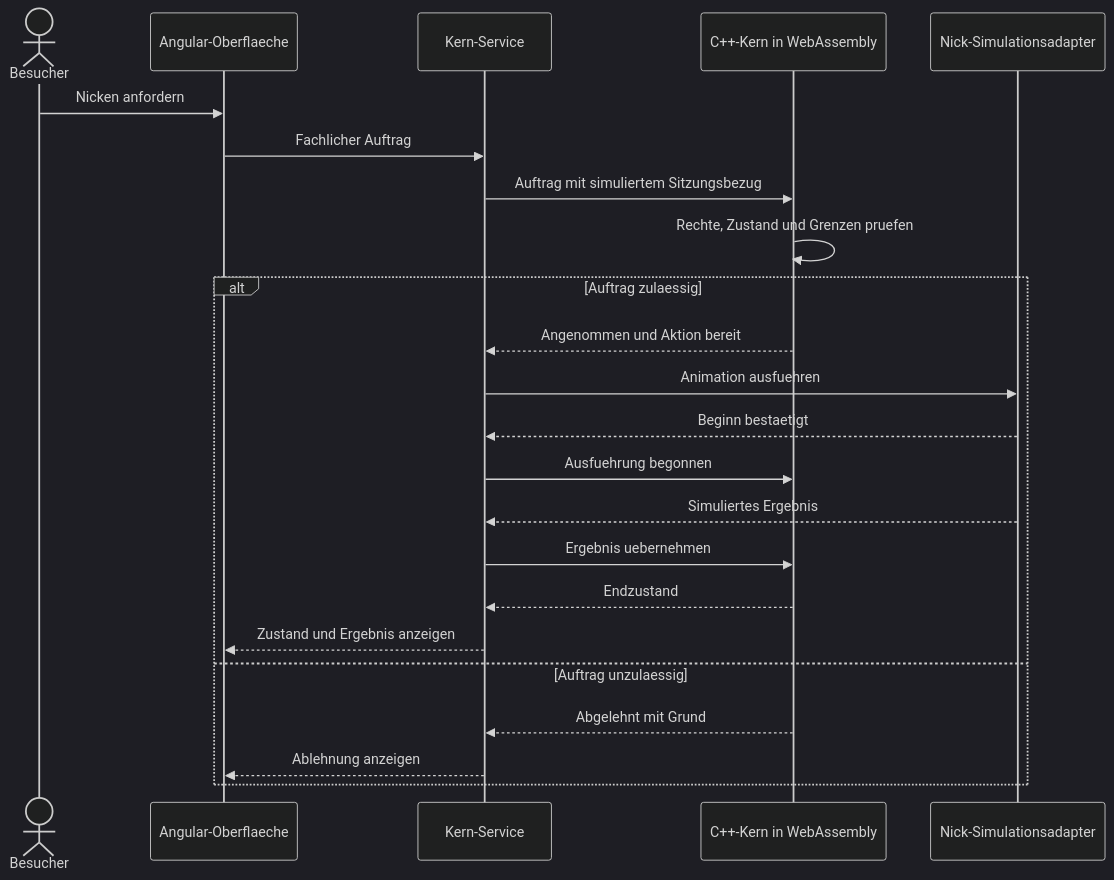
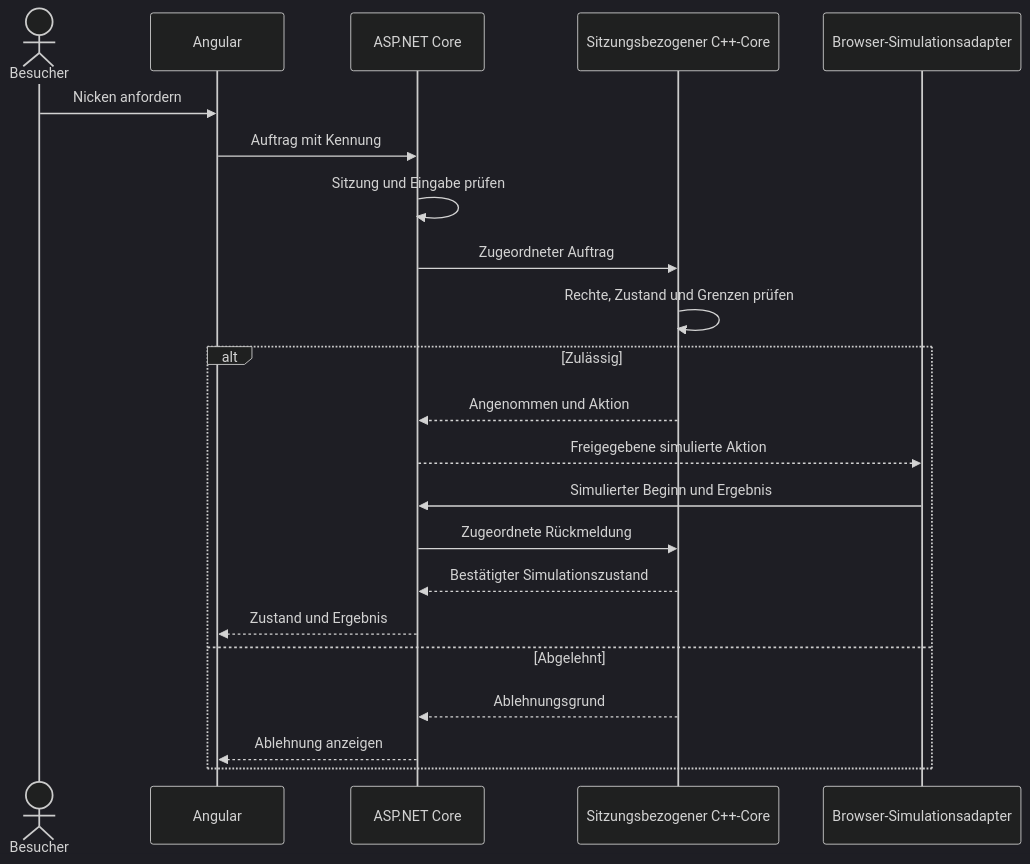
The second of 2 diagrams in docs/Technologiekonzept.md (sabrinahelfenberger-Wusel/PinkRobin), drawn with Mermaid (dark theme) before and after one commit. The commit also changed other lines of this file, not shown here.

Commit message:
docs: Virtual Robin auf serverseitigen C++-Core mit ASP.NET Core umstellen

````diff
--- a/docs/Technologiekonzept.md
+++ b/docs/Technologiekonzept.md
@@ -82,25 +79,24 @@
 ```mermaid
 sequenceDiagram
     actor Visitor as Besucher
-    participant UI as Angular-Oberflaeche
-    participant Bridge as Kern-Service
-    participant Core as C++-Kern in WebAssembly
-    participant Adapter as Nick-Simulationsadapter
+    participant UI as Angular
+    participant API as ASP.NET Core
+    participant Core as Sitzungsbezogener C++-Core
+    participant Sim as Browser-Simulationsadapter
     Visitor->>UI: Nicken anfordern
-    UI->>Bridge: Fachlicher Auftrag
-    Bridge->>Core: Auftrag mit simuliertem Sitzungsbezug
-    Core->>Core: Rechte, Zustand und Grenzen pruefen
-    alt Auftrag zulaessig
-        Core-->>Bridge: Angenommen und Aktion bereit
-        Bridge->>Adapter: Animation ausfuehren
-        Adapter-->>Bridge: Beginn bestaetigt
-        Bridge->>Core: Ausfuehrung begonnen
-        Adapter-->>Bridge: Simuliertes Ergebnis
-        Bridge->>Core: Ergebnis uebernehmen
-        Core-->>Bridge: Endzustand
-        Bridge-->>UI: Zustand und Ergebnis anzeigen
-    else Auftrag unzulaessig
-        Core-->>Bridge: Abgelehnt mit Grund
-        Bridge-->>UI: Ablehnung anzeigen
+    UI->>API: Auftrag mit Kennung
+    API->>API: Sitzung und Eingabe prüfen
+    API->>Core: Zugeordneter Auftrag
+    Core->>Core: Rechte, Zustand und Grenzen prüfen
+    alt Zulässig
+        Core-->>API: Angenommen und Aktion
+        API-->>Sim: Freigegebene simulierte Aktion
+        Sim->>API: Simulierter Beginn und Ergebnis
+        API->>Core: Zugeordnete Rückmeldung
+        Core-->>API: Bestätigter Simulationszustand
+        API-->>UI: Zustand und Ergebnis
+    else Abgelehnt
+        Core-->>API: Ablehnungsgrund
+        API-->>UI: Ablehnung anzeigen
     end
 ```
````
